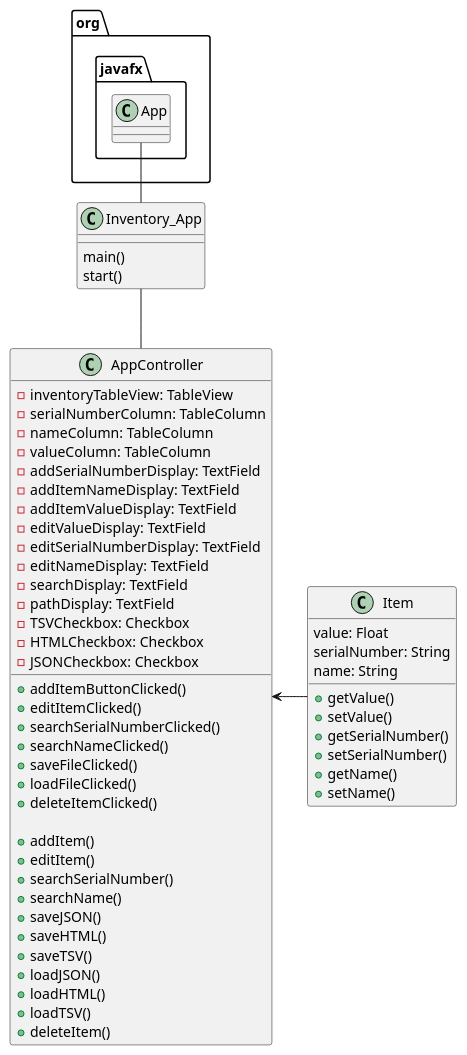
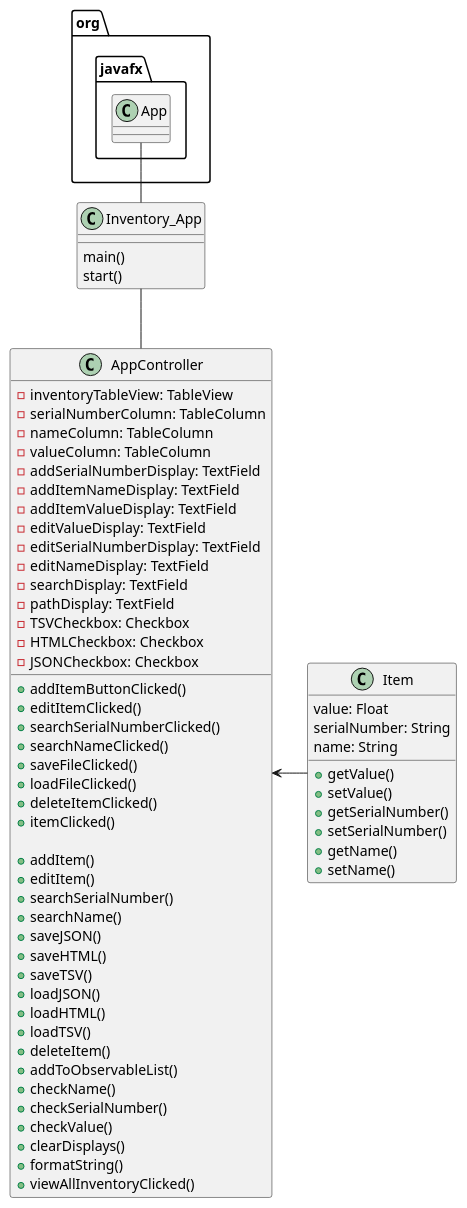
One commit to Mauricio1629/rios-3460-a5 changed the diagram in UML_Diagram/InventoryApp.puml. Above: the diagram before and after it, drawn with PlantUML. The commit also changed 5 other files, not shown here.

```diff
--- a/UML_Diagram/InventoryApp.puml
+++ b/UML_Diagram/InventoryApp.puml
@@ -1,63 +1,71 @@
 @startuml
 class Inventory_App{
     main()
     start()
 }
 
 class AppController{
     - inventoryTableView: TableView
     - serialNumberColumn: TableColumn
     - nameColumn: TableColumn
     - valueColumn: TableColumn
     - addSerialNumberDisplay: TextField
     - addItemNameDisplay: TextField
     - addItemValueDisplay: TextField
     - editValueDisplay: TextField
     - editSerialNumberDisplay: TextField
     - editNameDisplay: TextField
     - searchDisplay: TextField
     - pathDisplay: TextField
     - TSVCheckbox: Checkbox
     - HTMLCheckbox: Checkbox
     - JSONCheckbox: Checkbox
 
     + addItemButtonClicked()
     + editItemClicked()
     + searchSerialNumberClicked()
     + searchNameClicked()
     + saveFileClicked()
     + loadFileClicked()
     + deleteItemClicked()
+    + itemClicked()
 
     + addItem()
     + editItem()
     + searchSerialNumber()
     + searchName()
     + saveJSON()
     + saveHTML()
     + saveTSV()
     + loadJSON()
     + loadHTML()
     + loadTSV()
     + deleteItem()
+    + addToObservableList()
+    + checkName()
+    + checkSerialNumber()
+    + checkValue()
+    + clearDisplays()
+    + formatString()
+    + viewAllInventoryClicked()
 
 }
 
 class Item{
     value: Float
     serialNumber: String
     name: String
 
     +getValue()
     +setValue()
     +getSerialNumber()
     +setSerialNumber()
     +getName()
     +setName()
 }
 
 org.javafx.App -- Inventory_App
 Inventory_App -- AppController
 AppController <- Item
 
 @enduml
```
